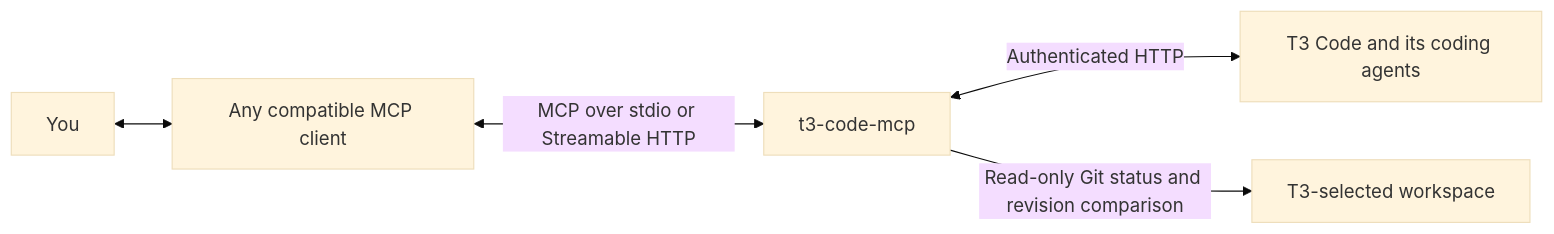
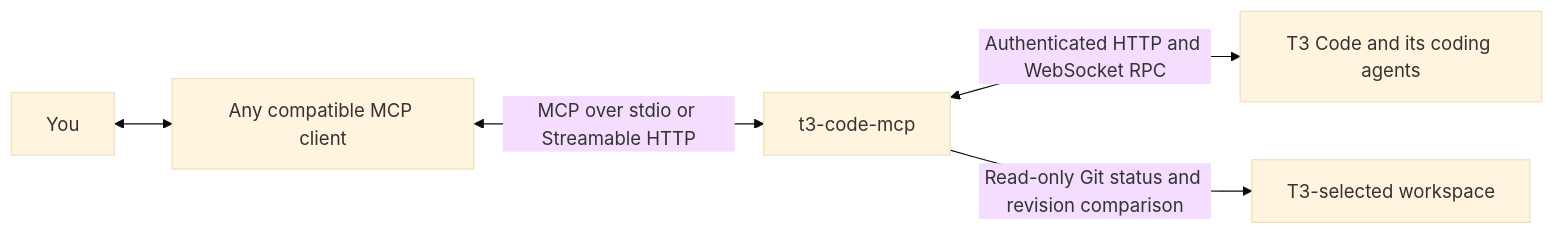
The diagram in README.md (MaximilianMauroner/t3code-mcp), drawn with Mermaid (base theme) before and after one commit. The commit also changed other lines of this file and 27 other files, not shown here.

````diff
--- a/README.md
+++ b/README.md
@@ -9,7 +9,7 @@
 ```mermaid
 flowchart LR
     User[You] <--> Client[Any compatible MCP client]
     Client <-->|MCP over stdio or Streamable HTTP| Gateway[t3-code-mcp]
-    Gateway <-->|Authenticated HTTP| T3[T3 Code and its coding agents]
+    Gateway <-->|Authenticated HTTP and WebSocket RPC| T3[T3 Code and its coding agents]
     Gateway -->|Read-only Git status and revision comparison| Workspace[T3-selected workspace]
 ```
````
